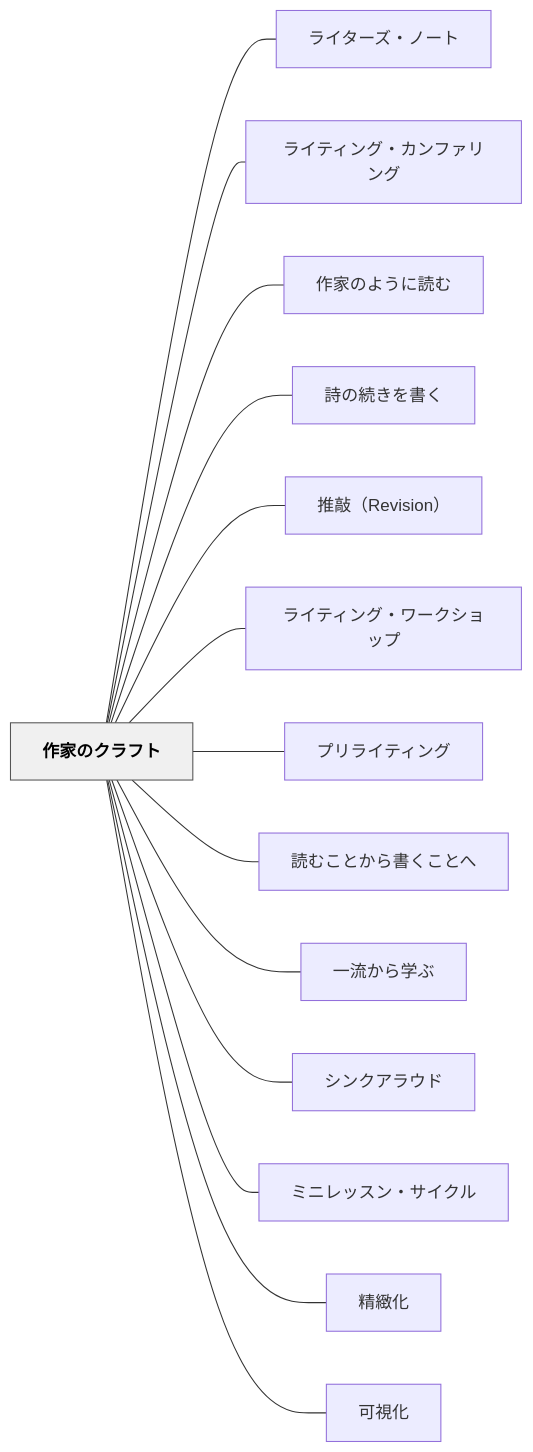
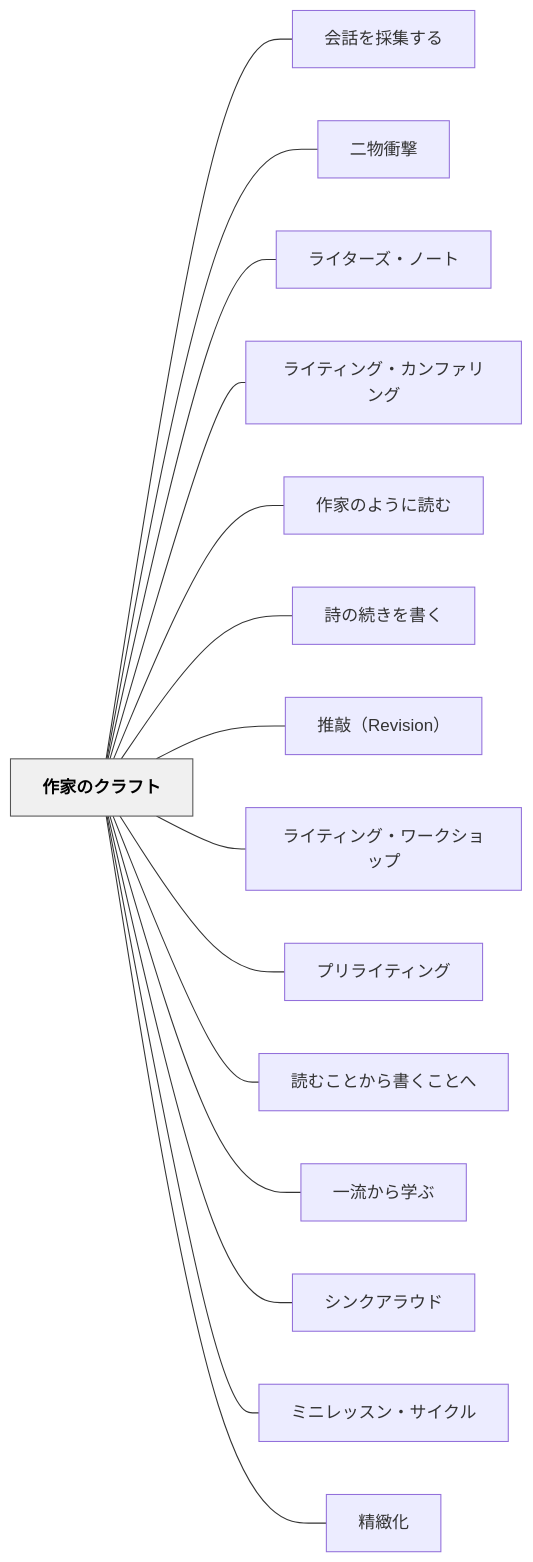
One commit to unknownthings-ed-patterns/unknownthings-ed-patterns changed the diagram in content/パタン/作家のクラフト.md. Above: the diagram before and after it, drawn with Mermaid. The commit also changed other lines of this file and 185 other files, not shown here.

````diff
--- a/content/パタン/作家のクラフト.md
+++ b/content/パタン/作家のクラフト.md
@@ -316,34 +318,36 @@
 ```mermaid
 flowchart LR
     ne4bd9ce5aeb6e381aee382afe383a9e38395e38388["作家のクラフト"]
+    ne4bc9ae8a9b1e38292e68ea1e99b86e38199e3828b["会話を採集する"]
+    ne4ba8ce789a9e8a19de69283["二物衝撃"]
     ne383a9e382a4e382bfe383bce382bae383bbe3838ee383bce38388["ライターズ・ノート"]
     ne383a9e382a4e38386e382a3e383b3e382b0e383bbe382abe383b3e38395e382a1e383aae383b3e382b0["ライティング・カンファリング"]
     ne4bd9ce5aeb6e381aee38288e38186e381abe8aaade38280["作家のように読む"]
     ne8a9a9e381aee7b69ae3818de38292e69bb8e3818f["詩の続きを書く"]
     ne68ea8e695b2efbc885265766973696f6eefbc89["推敲（Revision）"]
     ne383a9e382a4e38386e382a3e383b3e382b0e383bbe383afe383bce382afe382b7e383a7e38383e38397["ライティング・ワークショップ"]
     ne38397e383aae383a9e382a4e38386e382a3e383b3e382b0["プリライティング"]
     ne8aaade38280e38193e381a8e3818be38289e69bb8e3818fe38193e381a8e381b8["読むことから書くことへ"]
     ne4b880e6b581e3818be38289e5ada6e381b6["一流から学ぶ"]
     ne382b7e383b3e382afe382a2e383a9e382a6e38389["シンクアラウド"]
     ne3839fe3838be383ace38383e382b9e383b3e383bbe382b5e382a4e382afe383ab["ミニレッスン・サイクル"]
     ne7b2bee7b7bbe58c96["精緻化"]
-    ne58fafe8a696e58c96["可視化"]
 
+    ne4bd9ce5aeb6e381aee382afe383a9e38395e38388 --- ne4bc9ae8a9b1e38292e68ea1e99b86e38199e3828b
+    ne4bd9ce5aeb6e381aee382afe383a9e38395e38388 --- ne4ba8ce789a9e8a19de69283
     ne4bd9ce5aeb6e381aee382afe383a9e38395e38388 --- ne383a9e382a4e382bfe383bce382bae383bbe3838ee383bce38388
     ne4bd9ce5aeb6e381aee382afe383a9e38395e38388 --- ne383a9e382a4e38386e382a3e383b3e382b0e383bbe382abe383b3e38395e382a1e383aae383b3e382b0
     ne4bd9ce5aeb6e381aee382afe383a9e38395e38388 --- ne4bd9ce5aeb6e381aee38288e38186e381abe8aaade38280
     ne4bd9ce5aeb6e381aee382afe383a9e38395e38388 --- ne8a9a9e381aee7b69ae3818de38292e69bb8e3818f
     ne4bd9ce5aeb6e381aee382afe383a9e38395e38388 --- ne68ea8e695b2efbc885265766973696f6eefbc89
     ne4bd9ce5aeb6e381aee382afe383a9e38395e38388 --- ne383a9e382a4e38386e382a3e383b3e382b0e383bbe383afe383bce382afe382b7e383a7e38383e38397
     ne4bd9ce5aeb6e381aee382afe383a9e38395e38388 --- ne38397e383aae383a9e382a4e38386e382a3e383b3e382b0
     ne4bd9ce5aeb6e381aee382afe383a9e38395e38388 --- ne8aaade38280e38193e381a8e3818be38289e69bb8e3818fe38193e381a8e381b8
     ne4bd9ce5aeb6e381aee382afe383a9e38395e38388 --- ne4b880e6b581e3818be38289e5ada6e381b6
     ne4bd9ce5aeb6e381aee382afe383a9e38395e38388 --- ne382b7e383b3e382afe382a2e383a9e382a6e38389
     ne4bd9ce5aeb6e381aee382afe383a9e38395e38388 --- ne3839fe3838be383ace38383e382b9e383b3e383bbe382b5e382a4e382afe383ab
     ne4bd9ce5aeb6e381aee382afe383a9e38395e38388 --- ne7b2bee7b7bbe58c96
-    ne4bd9ce5aeb6e381aee382afe383a9e38395e38388 --- ne58fafe8a696e58c96
 
     classDef hub fill:#f0f0f0,stroke:#555,color:#000,font-weight:bold
     class ne4bd9ce5aeb6e381aee382afe383a9e38395e38388 hub
 ```
````
